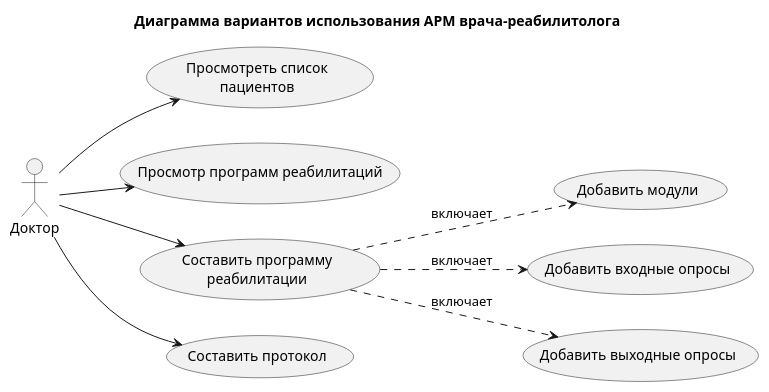
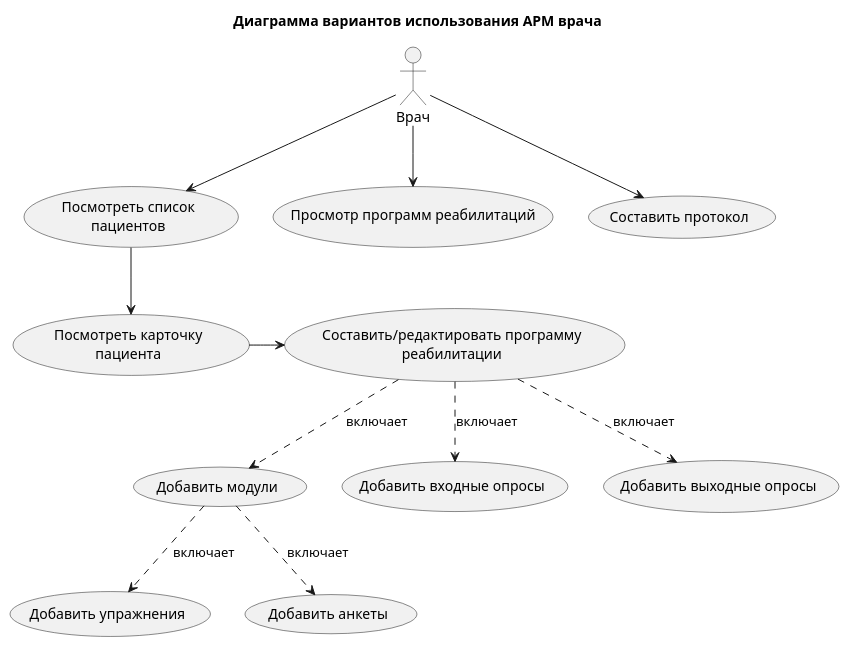
Before and after one commit to giezz/rc-arm-modules-back: the diagram in arm/uml/use-case.puml, drawn with PlantUML. The commit also changed 19 other files, not shown here.

```diff
--- a/arm/uml/use-case.puml
+++ b/arm/uml/use-case.puml
@@ -1,25 +1,25 @@
 @startuml
 'https://plantuml.com/use-case-diagram
 
-title Диаграмма вариантов использования АРМ врача-реабилитолога
-left to right direction
+title Диаграмма вариантов использования АРМ врача
+'left to right direction
 
-actor Доктор as doc
+actor Врач as doc
 
-(Просмотреть список\nпациентов)
-(Просмотр программ реабилитаций)
-(Составить программу\nреабилитации)
-(Cоставить протокол)
 (Добавить модули)
 (Добавить входные опросы)
 (Добавить выходные опросы)
 
-(Составить программу\nреабилитации) ..> (Добавить входные опросы) : включает
-(Составить программу\nреабилитации) ..> (Добавить выходные опросы) : включает
-(Составить программу\nреабилитации) ..> (Добавить модули) : включает
+doc --> (Посмотреть список\nпациентов)
+doc --> (Просмотр программ реабилитаций)
 
-doc --> (Просмотреть список\nпациентов)
-doc --> (Просмотр программ реабилитаций)
-doc --> (Составить программу\nреабилитации)
 doc --> (Cоставить протокол)
+
+(Посмотреть список\nпациентов) --> (Посмотреть карточку\nпациента)
+(Составить/редактировать программу\nреабилитации) ..> (Добавить входные опросы) : включает
+(Составить/редактировать программу\nреабилитации) ..> (Добавить выходные опросы) : включает
+(Составить/редактировать программу\nреабилитации) ..> (Добавить модули) : включает
+(Добавить модули) ..> (Добавить упражнения) : включает
+(Добавить модули) ..> (Добавить анкеты) : включает
+(Посмотреть карточку\nпациента) -> (Составить/редактировать программу\nреабилитации)
 @enduml
```
